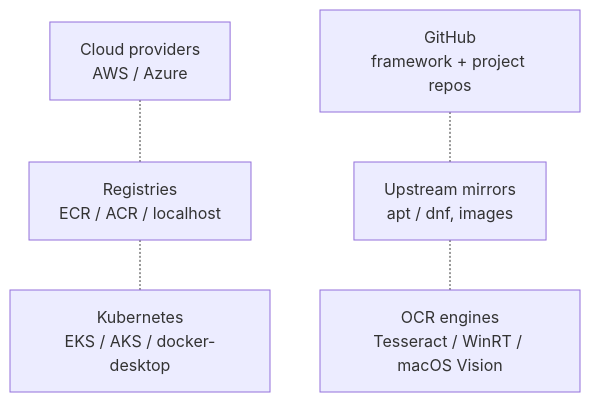
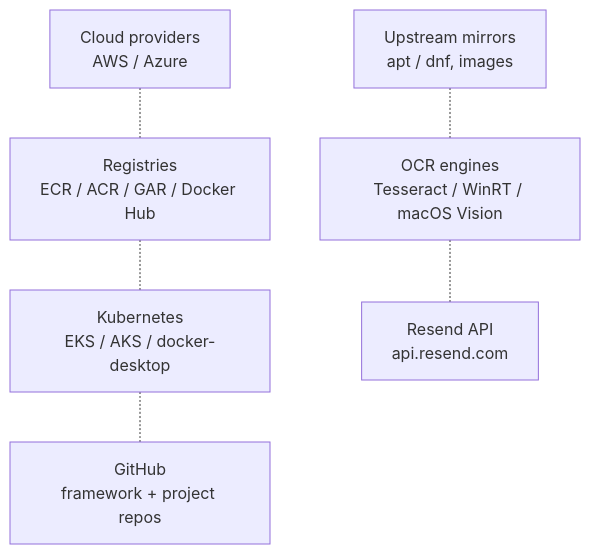
One commit to alissonsol/yuruna changed the seventh of 7 diagrams in docs/design/02-component-breakdown.md. Above: the diagram before and after it, drawn with Mermaid. The commit also changed other lines of this file and 536 other files, not shown here.

````diff
--- a/docs/design/02-component-breakdown.md
+++ b/docs/design/02-component-breakdown.md
@@ -148,12 +299,13 @@
 ```mermaid
 flowchart TD
     clouds[Cloud providers<br/>AWS / Azure]
-    registries[Registries<br/>ECR / ACR / localhost]
+    registries[Registries<br/>ECR / ACR / GAR / Docker Hub]
     clusters[Kubernetes<br/>EKS / AKS / docker-desktop]
     github[GitHub<br/>framework + project repos]
     mirrors[Upstream mirrors<br/>apt / dnf, images]
     ocr[OCR engines<br/>Tesseract / WinRT / macOS Vision]
+    email[Resend API<br/>api.resend.com]
 
-    clouds -.- registries -.- clusters
-    github -.- mirrors -.- ocr
+    clouds -.- registries -.- clusters -.- github
+    mirrors -.- ocr -.- email
 ```
````
